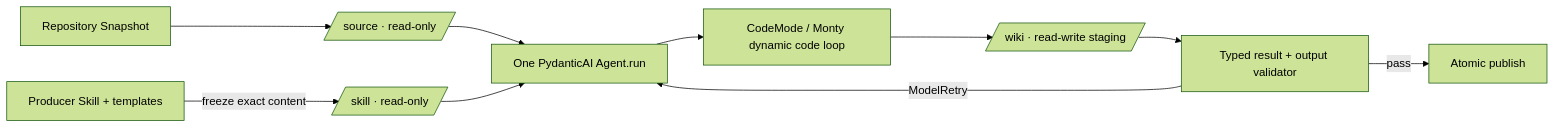
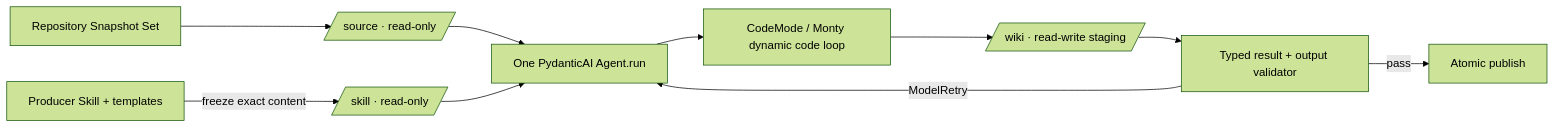
One commit to cyberspacelee/open-okf-wiki changed the diagram in docs/research/pydanticai-greenfield-repo-to-wiki.md. Above: the diagram before and after it, drawn with Mermaid (forest theme). The commit also changed 24 other files, not shown here.

````diff
--- a/docs/research/pydanticai-greenfield-repo-to-wiki.md
+++ b/docs/research/pydanticai-greenfield-repo-to-wiki.md
@@ -212,12 +212,12 @@
 ```mermaid
 flowchart LR
-    R[Repository Snapshot] --> S[/source · read-only/]
+    R[Repository Snapshot Set] --> S[/source · read-only/]
     K[Producer Skill + templates] -->|freeze exact content| P[/skill · read-only/]
     S --> A[One PydanticAI Agent.run]
     P --> A
     A --> C[CodeMode / Monty dynamic code loop]
     C --> W[/wiki · read-write staging/]
     W --> V[Typed result + output validator]
     V -->|pass| O[Atomic publish]
     V -->|ModelRetry| A
 ```
````
